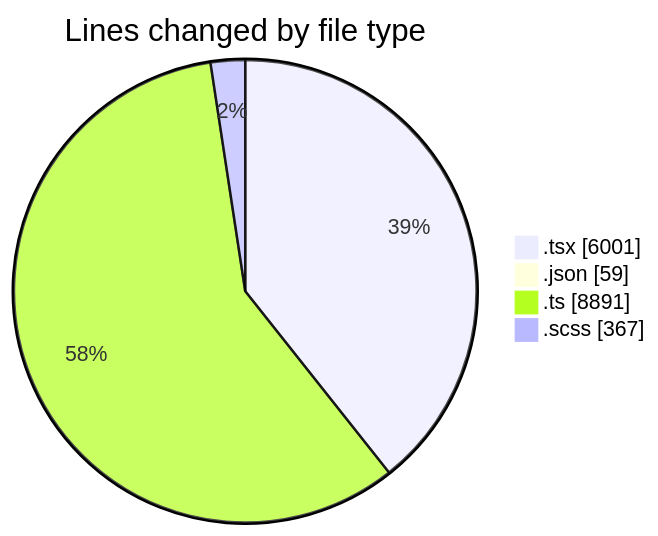
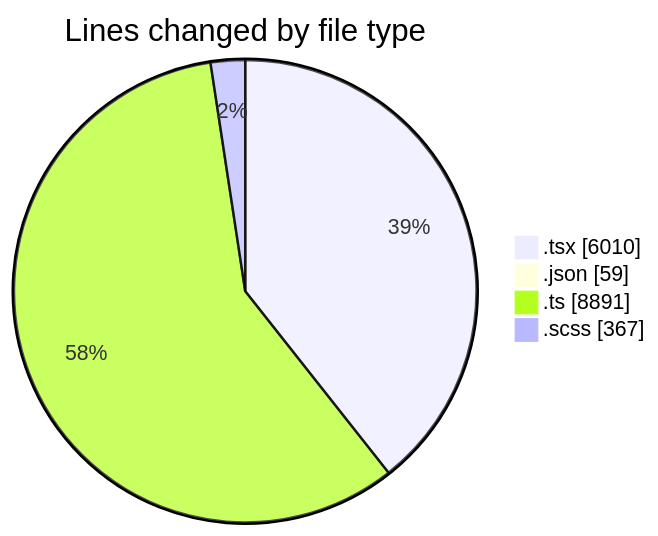
The first of 2 diagrams in 2025-11-24/cda/README.md (momahboobian/code-tracking), drawn with Mermaid before and after one commit. The commit also changed other lines of this file and 1 other file, not shown here.

````diff
--- a/2025-11-24/cda/README.md
+++ b/2025-11-24/cda/README.md
@@ -38,8 +38,8 @@
 ```mermaid
 pie showData
 title Lines changed by file type
-".tsx" : 6001
+".tsx" : 6010
 ".json" : 59
 ".ts" : 8891
 ".scss" : 367
 ```
````
